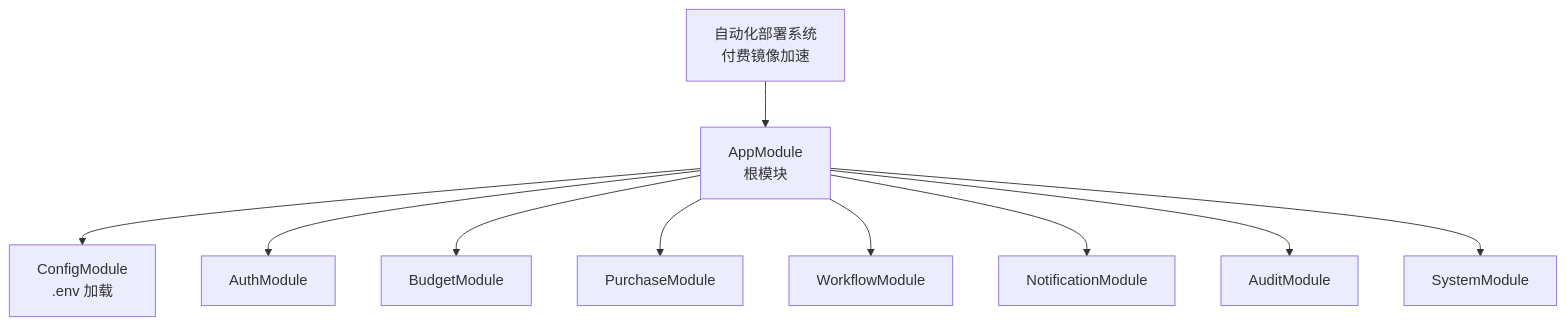
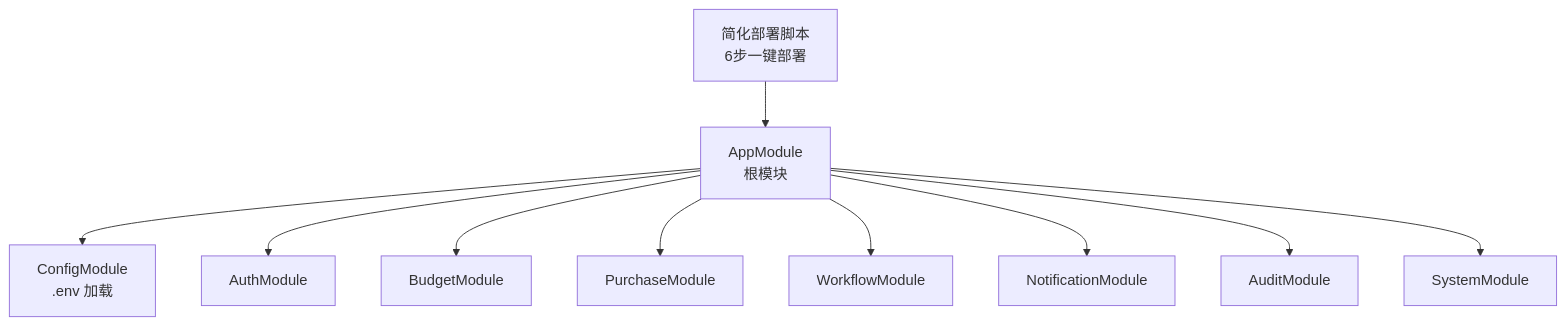
One commit to LouisFantansy/Budget_Mgt_Enterprise changed the second of 15 diagrams in .qoder/repowiki/zh/content/部署运维.md. Above: the diagram before and after it, drawn with Mermaid. The commit also changed other lines of this file and 4 other files, not shown here.

````diff
--- a/.qoder/repowiki/zh/content/部署运维.md
+++ b/.qoder/repowiki/zh/content/部署运维.md
@@ -115,22 +107,22 @@
 ```mermaid
 graph TB
 CM["ConfigModule<br/>.env 加载"]
 AM["AppModule<br/>根模块"]
 M_AUTH["AuthModule"]
 M_BUDGET["BudgetModule"]
 M_PUR["PurchaseModule"]
 M_WORK["WorkflowModule"]
 M_NOTI["NotificationModule"]
 M_AUDIT["AuditModule"]
 M_SYS["SystemModule"]
 AM --> CM
 AM --> M_AUTH
 AM --> M_BUDGET
 AM --> M_PUR
 AM --> M_WORK
 AM --> M_NOTI
 AM --> M_AUDIT
 AM --> M_SYS
-AUTO["自动化部署系统<br/>付费镜像加速"]
-AUTO --> AM
+DEPLOY["简化部署脚本<br/>6步一键部署"]
+DEPLOY --> AM
 ```
````
